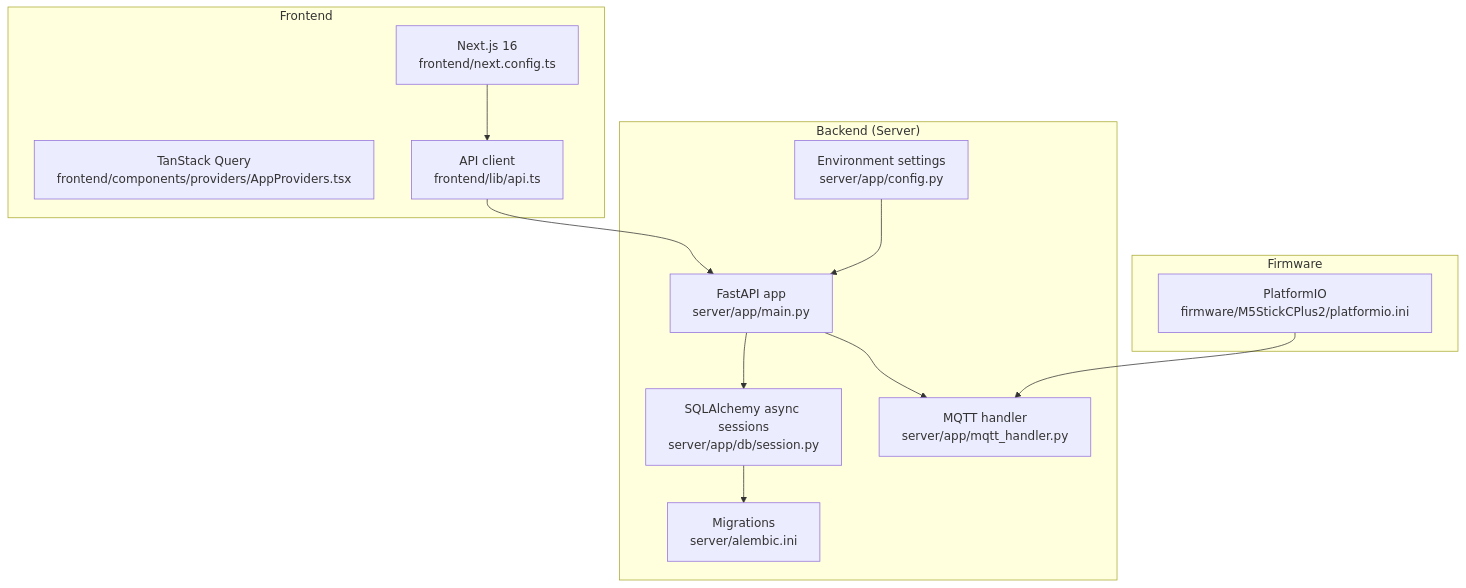
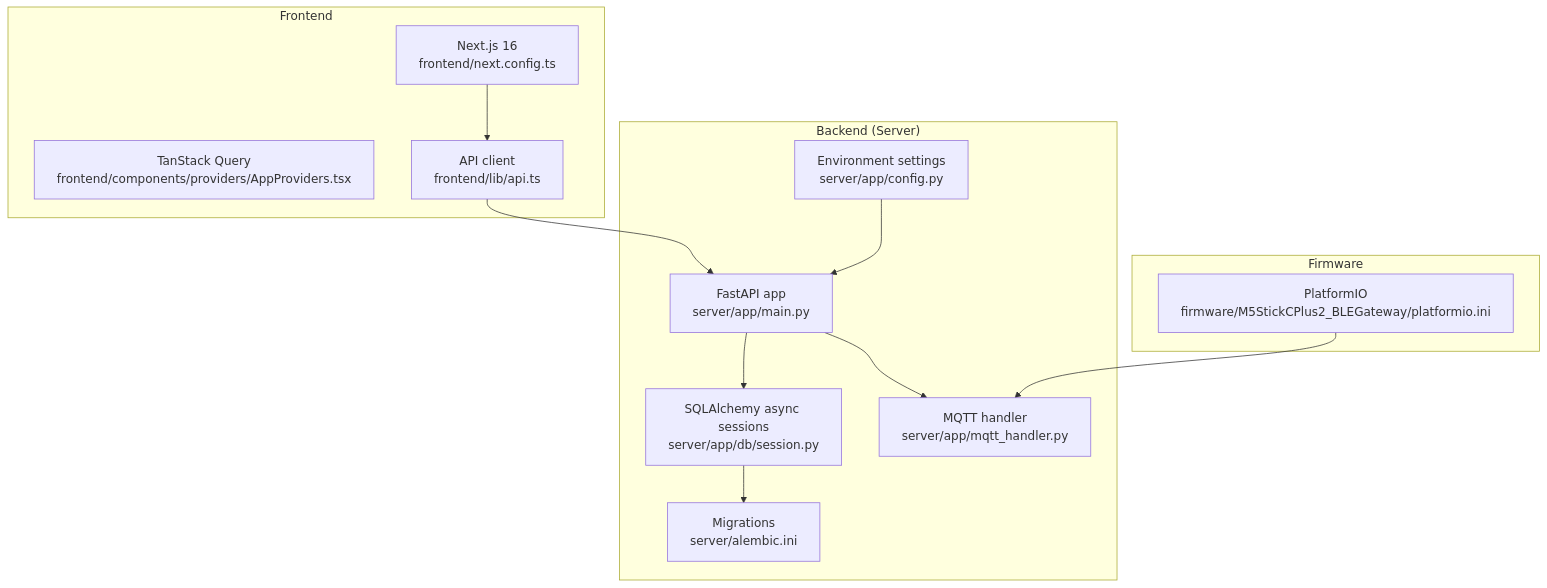
One commit to NnopponS/WheelSense_Project changed the first of 7 diagrams in docs/wiki/Project Overview/Technology Stack.md. Above: the diagram before and after it, drawn with Mermaid. The commit also changed other lines of this file and 1404 other files, not shown here.

````diff
--- a/docs/wiki/Project Overview/Technology Stack.md
+++ b/docs/wiki/Project Overview/Technology Stack.md
@@ -41,25 +41,25 @@
 ```mermaid
 graph TB
 subgraph "Backend (Server)"
 A_Main["FastAPI app<br/>server/app/main.py"]
 A_DB["SQLAlchemy async sessions<br/>server/app/db/session.py"]
 A_MQTT["MQTT handler<br/>server/app/mqtt_handler.py"]
 A_Config["Environment settings<br/>server/app/config.py"]
 A_Alembic["Migrations<br/>server/alembic.ini"]
 end
 subgraph "Frontend"
 F_Next["Next.js 16<br/>frontend/next.config.ts"]
 F_Query["TanStack Query<br/>frontend/components/providers/AppProviders.tsx"]
 F_API["API client<br/>frontend/lib/api.ts"]
 end
 subgraph "Firmware"
-FW_PIO["PlatformIO<br/>firmware/M5StickCPlus2/platformio.ini"]
+FW_PIO["PlatformIO<br/>firmware/M5StickCPlus2_BLEGateway/platformio.ini"]
 end
 F_Next --> F_API
 F_API --> A_Main
 A_Main --> A_DB
 A_Main --> A_MQTT
 A_DB --> A_Alembic
 A_Config --> A_Main
 FW_PIO --> A_MQTT
 ```
````
